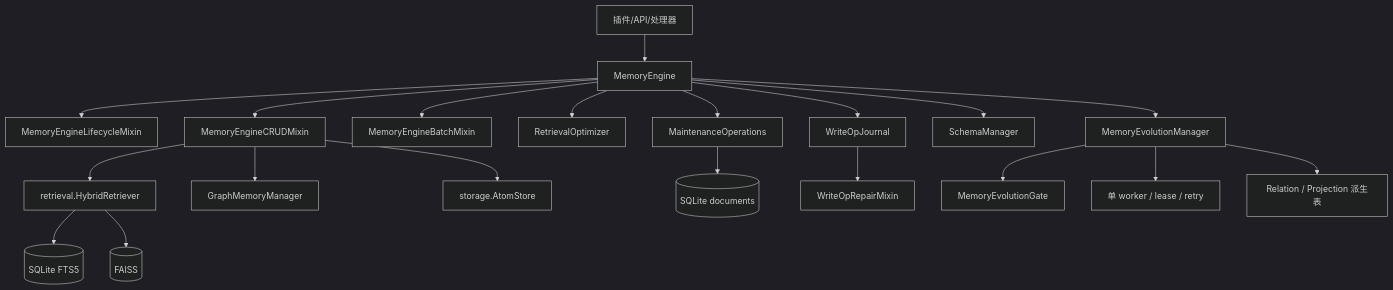
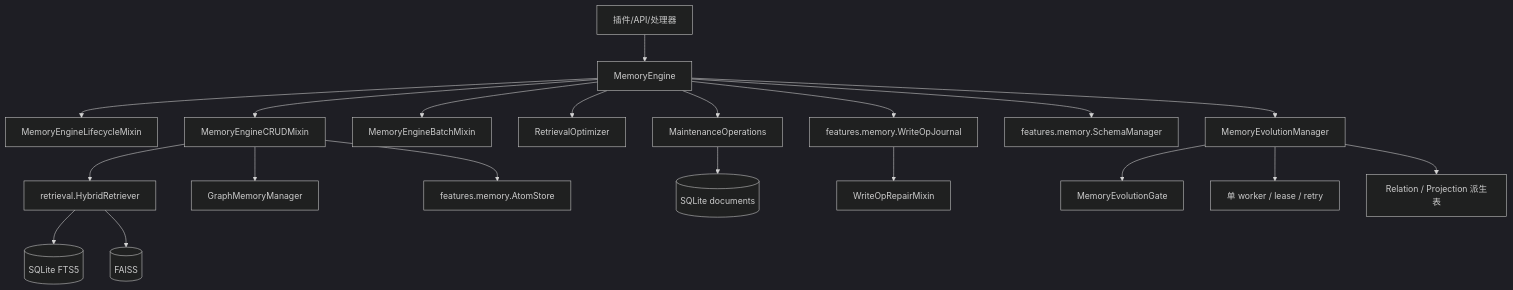
One commit to INSide-734/astrbot_plugin_memora changed the first of 2 diagrams in core/managers/AGENTS.md. Above: the diagram before and after it, drawn with Mermaid (dark theme). The commit also changed other lines of this file and 49 other files, not shown here.

````diff
--- a/core/managers/AGENTS.md
+++ b/core/managers/AGENTS.md
@@ -16,22 +16,22 @@
 ```mermaid
 graph TD
     Caller[插件/API/处理器] --> Engine[MemoryEngine]
     Engine --> Lifecycle[MemoryEngineLifecycleMixin]
     Engine --> CRUD[MemoryEngineCRUDMixin]
     Engine --> Batch[MemoryEngineBatchMixin]
     Engine --> Retrieval[RetrievalOptimizer]
-    Engine --> Journal[WriteOpJournal]
+    Engine --> Journal[features.memory.WriteOpJournal]
     Engine --> Maintenance[MaintenanceOperations]
-    Engine --> Schema[SchemaManager]
+    Engine --> Schema[features.memory.SchemaManager]
     CRUD --> Hybrid[retrieval.HybridRetriever]
     CRUD --> GraphMgr[GraphMemoryManager]
-    CRUD --> AtomStore[storage.AtomStore]
+    CRUD --> AtomStore[features.memory.AtomStore]
     Maintenance --> SQLite[(SQLite documents)]
     Hybrid --> BM25[(SQLite FTS5)]
     Hybrid --> FAISS[(FAISS)]
     Journal --> Repair[WriteOpRepairMixin]
     Engine --> Evolution[MemoryEvolutionManager]
     Evolution --> Gate[MemoryEvolutionGate]
     Evolution --> Worker[单 worker / lease / retry]
     Evolution --> Derived[Relation / Projection 派生表]
 ```
````
